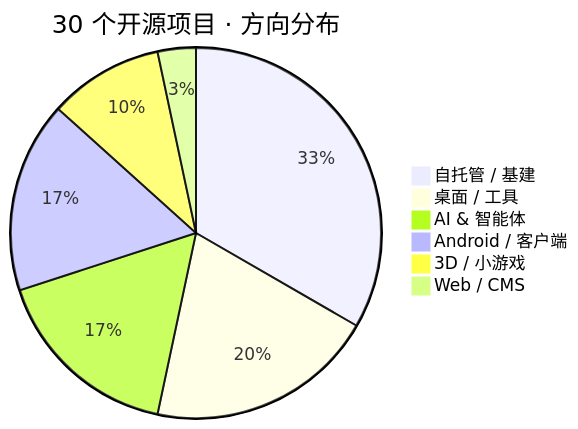
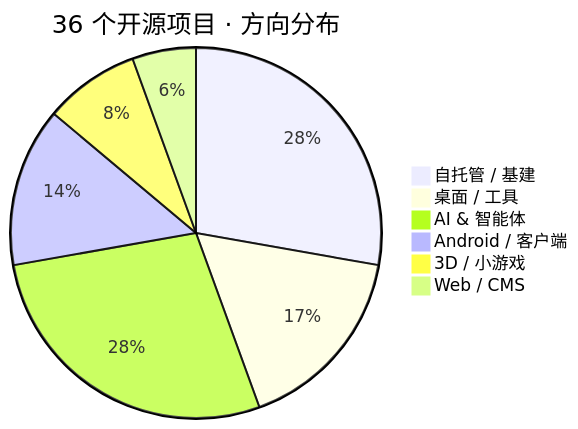
Before and after one commit to xkx121029/xkx121029: the tenth of 10 diagrams in README.md, drawn with Mermaid. The commit also changed other lines of this file and 7 other files, not shown here.

Commit message:
feat: cooler profile README with native Mermaid, alerts and card walls

````diff
--- a/README.md
+++ b/README.md
@@ -338,9 +337,9 @@
 ```mermaid
-pie title 30 个开源项目 · 方向分布
+pie title 36 个开源项目 · 方向分布
     "自托管 / 基建" : 10
     "桌面 / 工具" : 6
-    "AI & 智能体" : 5
+    "AI & 智能体" : 10
     "Android / 客户端" : 5
     "3D / 小游戏" : 3
-    "Web / CMS" : 1
+    "Web / CMS" : 2
 ```
````
